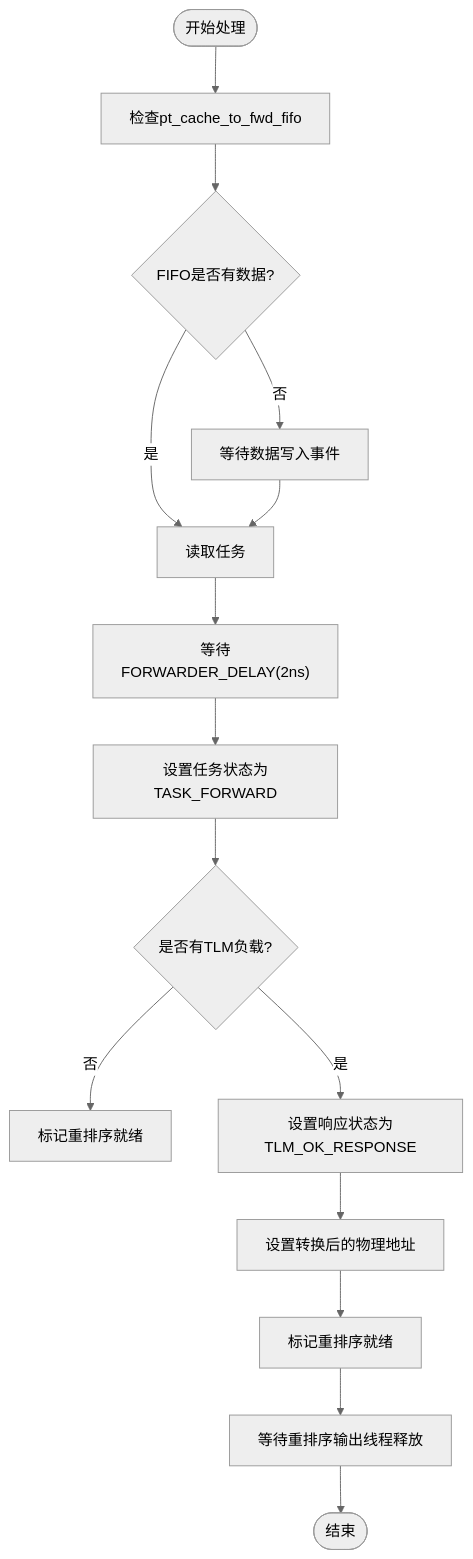
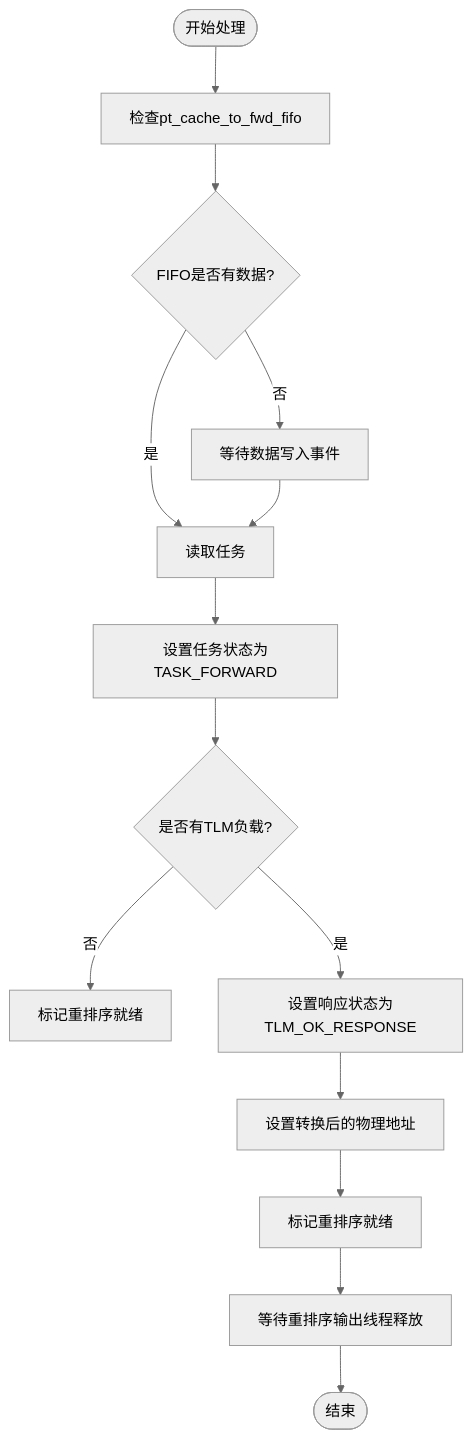
One commit to jiangjiang1122/iommu_model_20260401_v1 changed the third of 8 diagrams in .qoder/repowiki/zh/content/性能模型实现/Forwarder_Fault模块.md. Above: the diagram before and after it, drawn with Mermaid (neutral theme). The commit also changed other lines of this file and 48 other files, not shown here.

````diff
--- a/.qoder/repowiki/zh/content/性能模型实现/Forwarder_Fault模块.md
+++ b/.qoder/repowiki/zh/content/性能模型实现/Forwarder_Fault模块.md
@@ -121,17 +140,16 @@
 ```mermaid
 flowchart TD
 Start([开始处理]) --> CheckFIFO["检查pt_cache_to_fwd_fifo"]
 CheckFIFO --> HasData{"FIFO是否有数据?"}
 HasData --> |否| WaitEvent["等待数据写入事件"]
 HasData --> |是| ReadTask["读取任务"]
-ReadTask --> Delay["等待FORWARDER_DELAY(2ns)"]
-Delay --> SetState["设置任务状态为TASK_FORWARD"]
+ReadTask --> SetState["设置任务状态为TASK_FORWARD"]
 SetState --> CheckTrans{"是否有TLM负载?"}
 CheckTrans --> |否| MarkReady["标记重排序就绪"]
 CheckTrans --> |是| SetResponse["设置响应状态为TLM_OK_RESPONSE"]
 SetResponse --> SetAddress["设置转换后的物理地址"]
 SetAddress --> SendResponse["标记重排序就绪"]
 SendResponse --> ReleaseTask["等待重排序输出线程释放"]
 ReleaseTask --> End([结束])
 WaitEvent --> ReadTask
 ```
````
